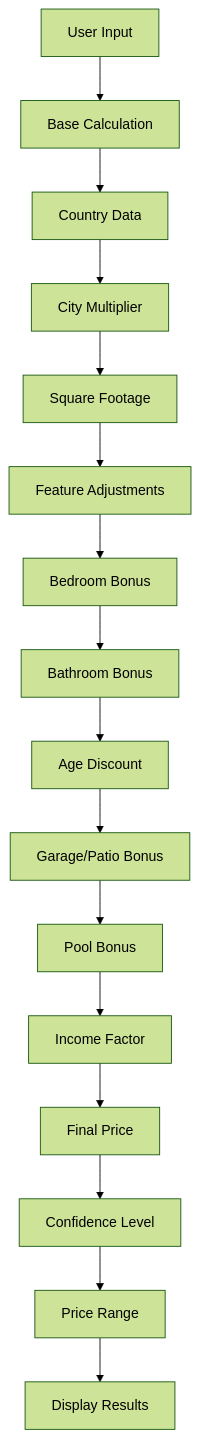
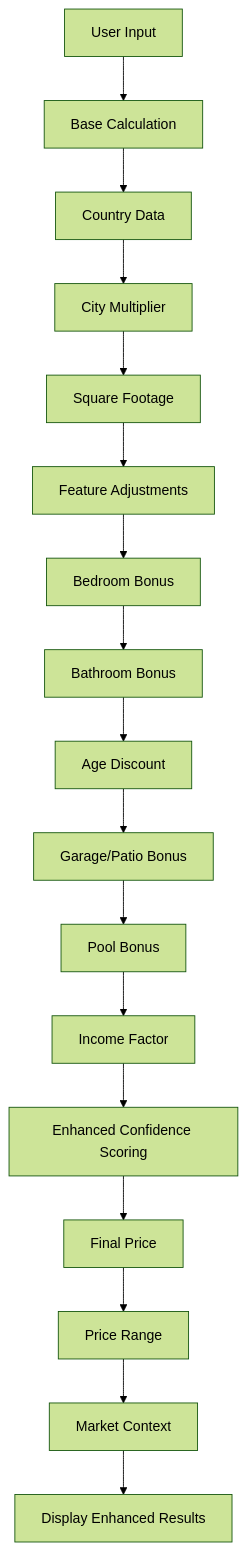
Before and after one commit to tashkirrr/housing-price-prediction: the third of 6 diagrams in .qoder/repowiki/en/content/Deployment and Operations/Static Site Deployment.md, drawn with Mermaid (forest theme). The commit also changed other lines of this file and 3 other files, not shown here.

First line of the commit message:
docs(deployment): enhance deployment docs with dual architecture and static site details

````diff
--- a/.qoder/repowiki/en/content/Deployment and Operations/Static Site Deployment.md
+++ b/.qoder/repowiki/en/content/Deployment and Operations/Static Site Deployment.md
@@ -152,18 +186,19 @@
 ```mermaid
 flowchart TD
 A[User Input] --> B[Base Calculation]
 B --> C[Country Data]
 C --> D[City Multiplier]
 D --> E[Square Footage]
 E --> F[Feature Adjustments]
 F --> G[Bedroom Bonus]
 G --> H[Bathroom Bonus]
 H --> I[Age Discount]
 I --> J[Garage/Patio Bonus]
 J --> K[Pool Bonus]
 K --> L[Income Factor]
-L --> M[Final Price]
-M --> N[Confidence Level]
+L --> M[Enhanced Confidence Scoring]
+M --> N[Final Price]
 N --> O[Price Range]
-O --> P[Display Results]
+O --> P[Market Context]
+P --> Q[Display Enhanced Results]
 ```
````
